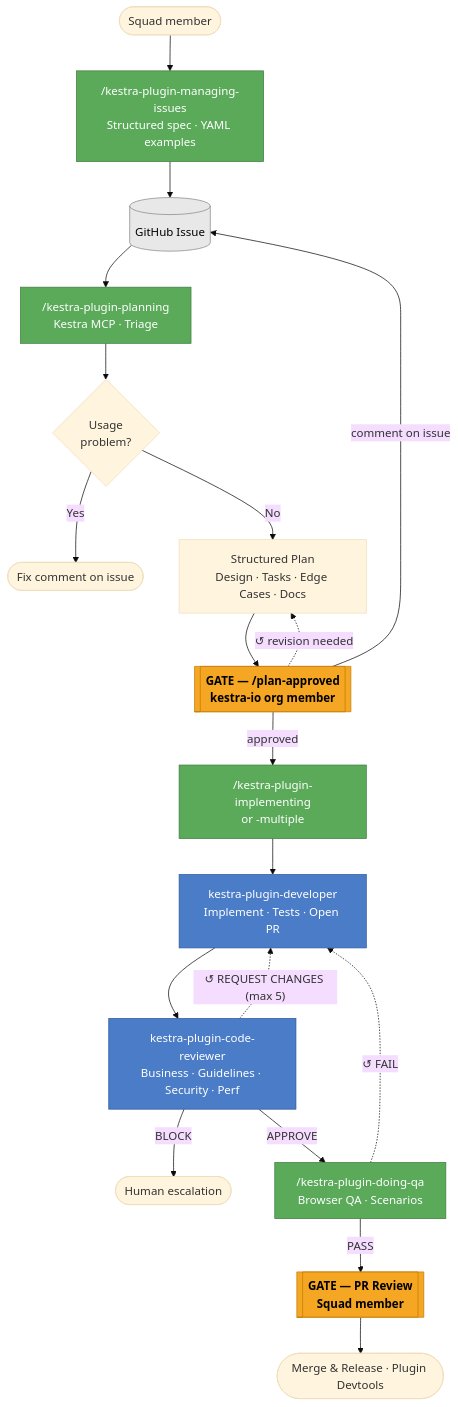
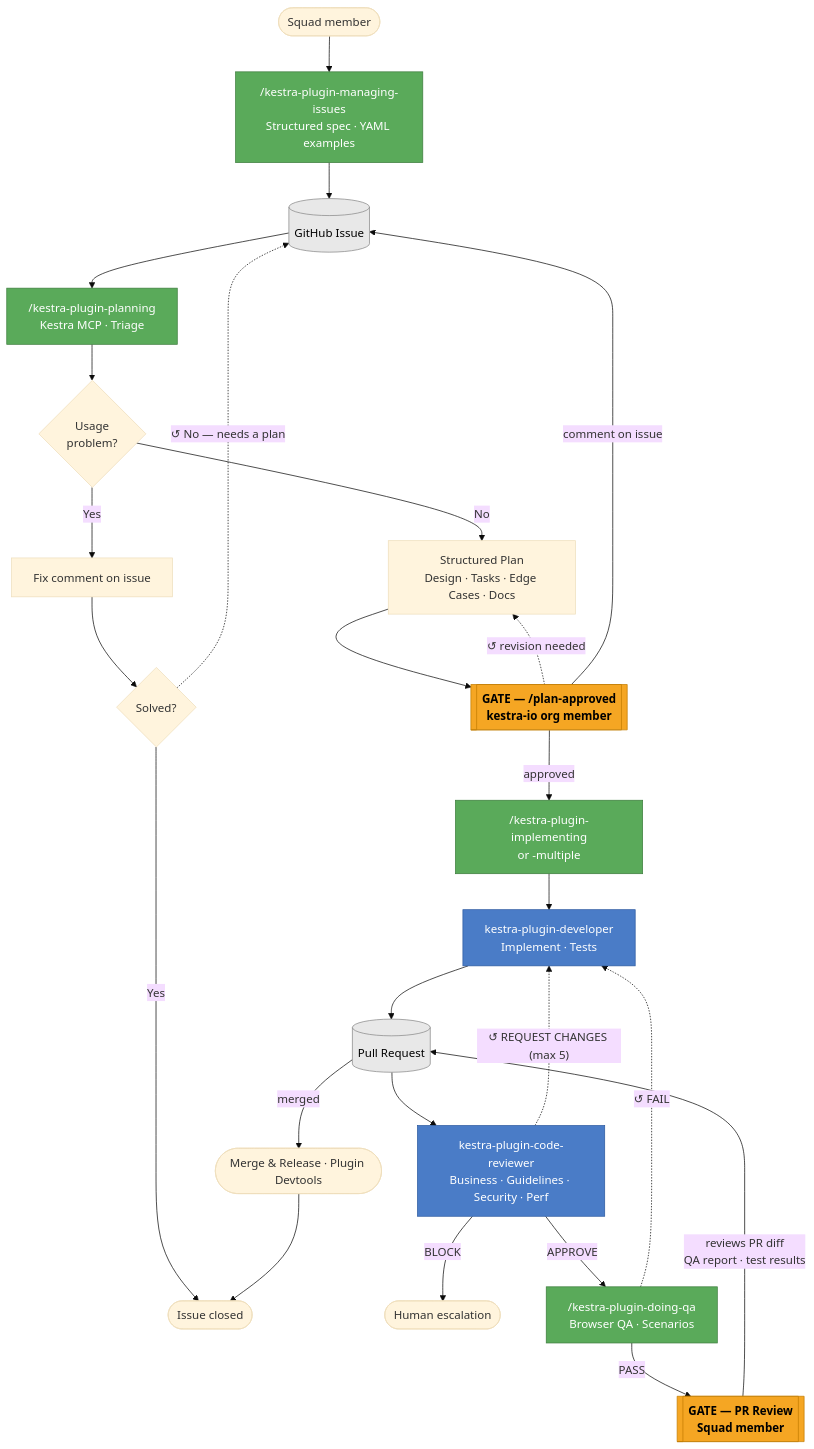
The diagram in src/contents/blogs/context-engineering-plugins-squad/index.md (kestra-io/docs), drawn with Mermaid (base theme) before and after one commit.

Commit message:
docs: add PR artifact node, Solved? branch, and shared Issue closed terminal

````diff
--- a/src/contents/blogs/context-engineering-plugins-squad/index.md
+++ b/src/contents/blogs/context-engineering-plugins-squad/index.md
@@ -90,31 +90,37 @@
 ```mermaid
 flowchart TD
     A([Squad member]) --> B
     B["/kestra-plugin-managing-issues\nStructured spec · YAML examples"] --> GH
     GH[(GitHub Issue)] --> C
     C["/kestra-plugin-planning\nKestra MCP · Triage"] --> D{Usage\nproblem?}
-    D -->|Yes| E([Fix comment on issue])
+    D -->|Yes| E[Fix comment on issue]
+    E --> S{Solved?}
+    S -->|Yes| DONE([Issue closed])
+    S -.->|"↺ No — needs a plan"| GH
     D -->|No| F["Structured Plan\nDesign · Tasks · Edge Cases · Docs"]
     F --> G[["GATE — /plan-approved\nkestra-io org member"]]
     G -.->|"↺ revision needed"| F
     G -->|"comment on issue"| GH
     G -->|approved| H["/kestra-plugin-implementing\nor -multiple"]
-    H --> I["kestra-plugin-developer\nImplement · Tests · Open PR"]
-    I --> J["kestra-plugin-code-reviewer\nBusiness · Guidelines · Security · Perf"]
+    H --> I["kestra-plugin-developer\nImplement · Tests"]
+    I --> PR[(Pull Request)]
+    PR --> J["kestra-plugin-code-reviewer\nBusiness · Guidelines · Security · Perf"]
     J -.->|"↺ REQUEST CHANGES (max 5)"| I
     J -->|BLOCK| K([Human escalation])
     J -->|APPROVE| L["/kestra-plugin-doing-qa\nBrowser QA · Scenarios"]
     L -.->|"↺ FAIL"| I
     L -->|PASS| M[["GATE — PR Review\nSquad member"]]
-    M --> N([Merge & Release · Plugin Devtools])
+    M -->|"reviews PR diff\nQA report · test results"| PR
+    PR -->|merged| N([Merge & Release · Plugin Devtools])
+    N --> DONE
 
     classDef humanGate fill:#f5a623,stroke:#c47d00,color:#000,font-weight:bold
     classDef agentStep fill:#4a7cc7,stroke:#2c5aa0,color:#fff
     classDef skillStep fill:#5aaa5a,stroke:#3d7d3d,color:#fff
     classDef artifact fill:#e8e8e8,stroke:#888,color:#000
 
     class G,M humanGate
     class I,J agentStep
     class B,C,H,L skillStep
-    class GH artifact
+    class GH,PR artifact
 ```
````
